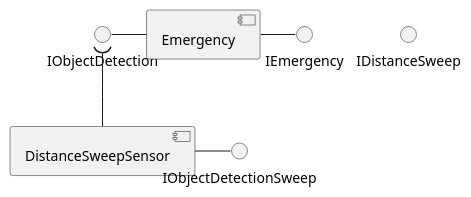
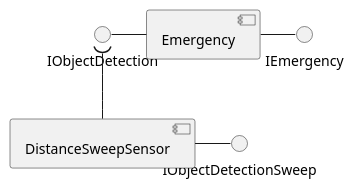
The diagram in design/components.design.plantuml (jvisch/jvr), drawn with PlantUML before and after one commit. The commit also changed 3 other files, not shown here.

```diff
--- a/design/components.design.plantuml
+++ b/design/components.design.plantuml
@@ -1,20 +1,20 @@
 @startuml Component Design
 
 ' interfaces
 interface IObjectDetection
-interface IDistanceSweep
+interface IObjectDetectionSweep
 interface IEmergency
 
 ' components
 component Emergency
 component DistanceSweepSensor
 
 ' Component Emergency
 Emergency -left- IObjectDetection
 Emergency -right- IEmergency
 
 ' Component DistanceSweepSensor
 DistanceSweepSensor -up-( IObjectDetection
 DistanceSweepSensor -right- IObjectDetectionSweep
 
 @enduml
```
